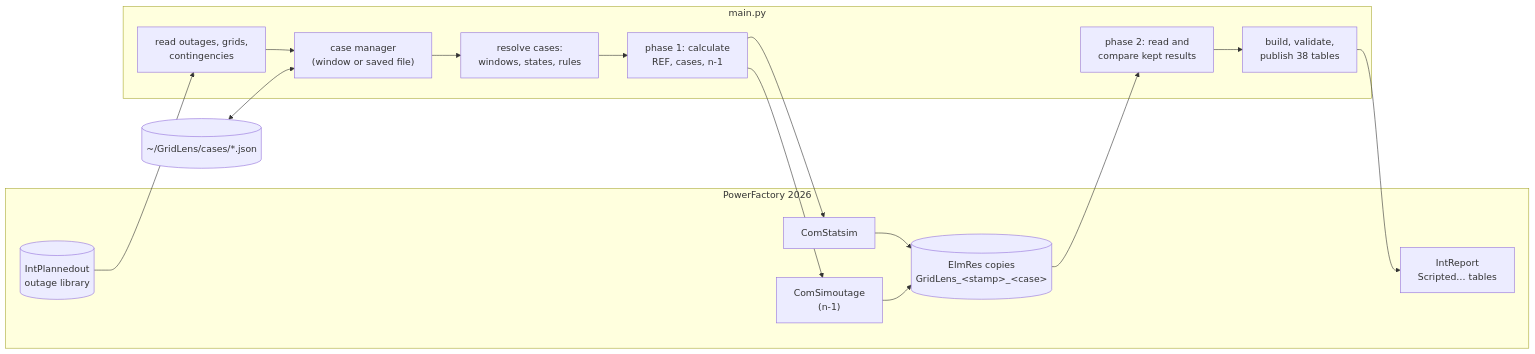
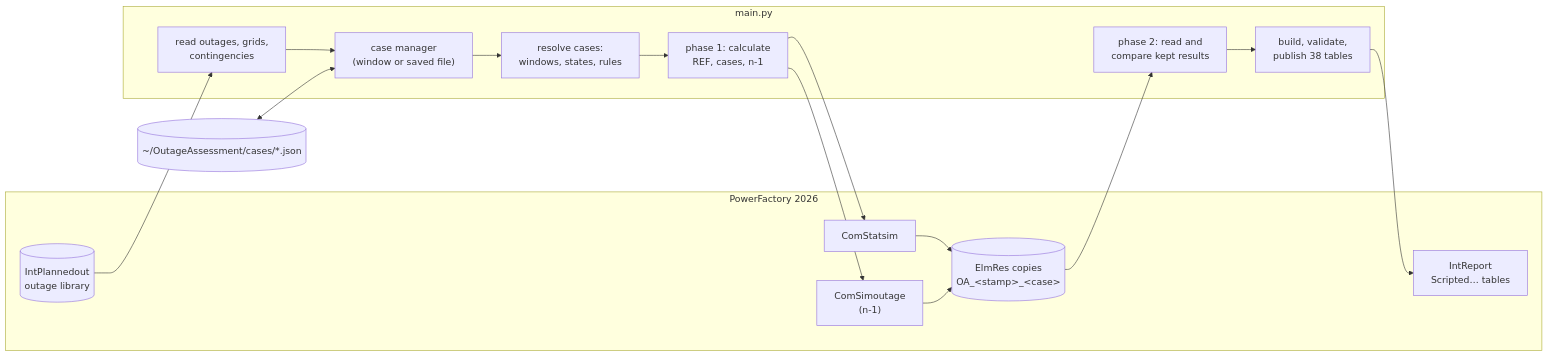
Before and after one commit to hadiibrahim-Engin/GridLensAssessment: the first of 5 diagrams in docs/ARCHITECTURE.md, drawn with Mermaid. The commit also changed other lines of this file and 61 other files, not shown here.

First line of the commit message:
Refactor GridLens references to Outage Assessment in diagnostic probes and scripts

````diff
--- a/docs/ARCHITECTURE.md
+++ b/docs/ARCHITECTURE.md
@@ -42,24 +42,24 @@
 ```mermaid
 flowchart LR
     subgraph PF["PowerFactory 2026"]
         OL[("IntPlannedout<br/>outage library")]
         QDS["ComStatsim"]
         CA["ComSimoutage<br/>(n-1)"]
-        RES[("ElmRes copies<br/>GridLens_&lt;stamp&gt;_&lt;case&gt;")]
+        RES[("ElmRes copies<br/>OA_&lt;stamp&gt;_&lt;case&gt;")]
         REP["IntReport<br/>Scripted… tables"]
     end
     subgraph GL["main.py"]
         IN["read outages, grids,<br/>contingencies"]
         CM["case manager<br/>(window or saved file)"]
         RQ["resolve cases:<br/>windows, states, rules"]
         P1["phase 1: calculate<br/>REF, cases, n-1"]
         P2["phase 2: read and<br/>compare kept results"]
         RP["build, validate,<br/>publish 38 tables"]
     end
-    CFG[("~/GridLens/cases/*.json")]
+    CFG[("~/OutageAssessment/cases/*.json")]
     OL --> IN --> CM --> RQ --> P1
     CFG <--> CM
     P1 --> QDS --> RES
     P1 --> CA --> RES
     RES --> P2 --> RP --> REP
 ```
````
